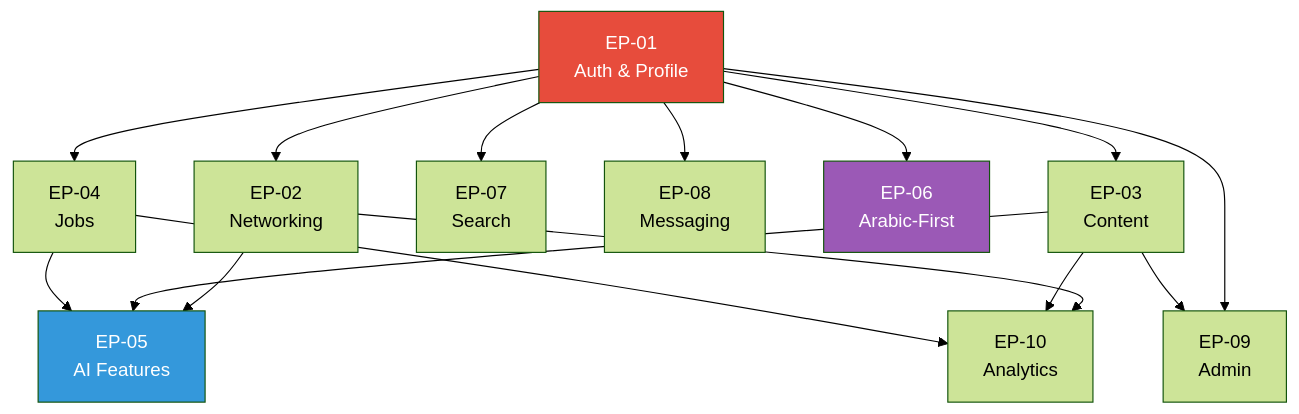
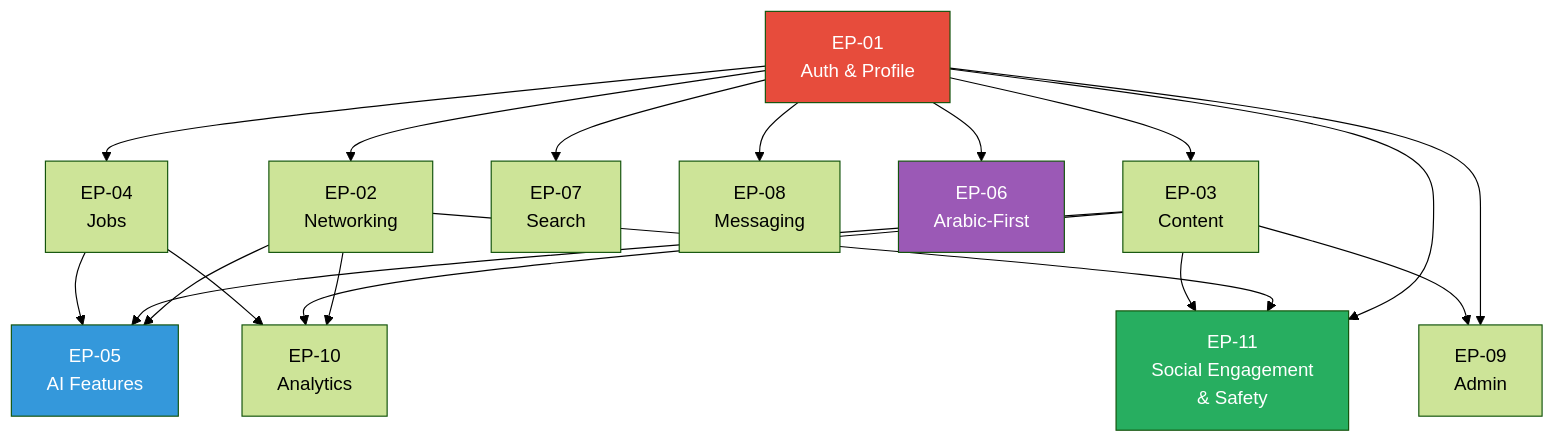
Before and after one commit to Tamoura/Claude-Code-creates-the-SW-company: the third of 18 diagrams in products/connectin/docs/PRD.md, drawn with Mermaid (forest theme). The commit also changed other lines of this file and 5 other files, not shown here.

````diff
--- a/products/connectin/docs/PRD.md
+++ b/products/connectin/docs/PRD.md
@@ -208,21 +209,26 @@
 ```mermaid
 flowchart TD
     EP01[EP-01<br/>Auth & Profile] --> EP02[EP-02<br/>Networking]
     EP01 --> EP03[EP-03<br/>Content]
     EP01 --> EP07[EP-07<br/>Search]
     EP01 --> EP08[EP-08<br/>Messaging]
     EP01 --> EP06[EP-06<br/>Arabic-First]
     EP02 --> EP05[EP-05<br/>AI Features]
     EP03 --> EP05
     EP01 --> EP04[EP-04<br/>Jobs]
     EP04 --> EP05
     EP01 --> EP09[EP-09<br/>Admin]
     EP03 --> EP09
     EP02 --> EP10[EP-10<br/>Analytics]
     EP03 --> EP10
     EP04 --> EP10
 
+    EP01 --> EP11[EP-11<br/>Social Engagement<br/>& Safety]
+    EP02 --> EP11
+    EP03 --> EP11
+
     style EP01 fill:#E74C3C,color:#fff
     style EP06 fill:#9B59B6,color:#fff
     style EP05 fill:#3498DB,color:#fff
+    style EP11 fill:#27AE60,color:#fff
 ```
````
